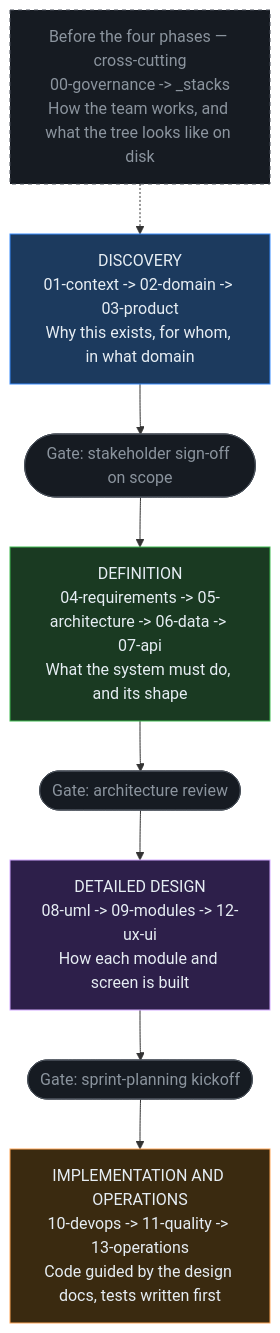
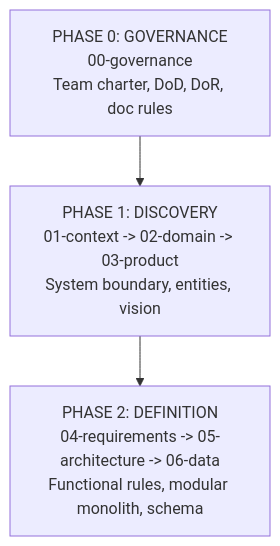
One commit to Tomasberserk/Sistema-de-asistencia changed the diagram in 00-sdd-guide.md. Above: the diagram before and after it, drawn with Mermaid. The commit also changed other lines of this file and 31 other files, not shown here.

Commit message:
chore(governance): scope framework to canonical 00-06 folders and update sdd guide

````diff
--- a/00-sdd-guide.md
+++ b/00-sdd-guide.md
@@ -33,22 +24,8 @@
 ```mermaid
 flowchart TD
-    P0["Before the four phases — cross-cutting<br/>00-governance -> _stacks<br/>How the team works, and what the tree looks like on disk"]
-    P1["DISCOVERY<br/>01-context -> 02-domain -> 03-product<br/>Why this exists, for whom, in what domain"]
-    G1(["Gate: stakeholder sign-off on scope"])
-    P2["DEFINITION<br/>04-requirements -> 05-architecture -> 06-data -> 07-api<br/>What the system must do, and its shape"]
-    G2(["Gate: architecture review"])
-    P3["DETAILED DESIGN<br/>08-uml -> 09-modules -> 12-ux-ui<br/>How each module and screen is built"]
-    G3(["Gate: sprint-planning kickoff"])
-    P4["IMPLEMENTATION AND OPERATIONS<br/>10-devops -> 11-quality -> 13-operations<br/>Code guided by the design docs, tests written first"]
+    P0["PHASE 0: GOVERNANCE<br/>00-governance<br/>Team charter, DoD, DoR, doc rules"]
+    P1["PHASE 1: DISCOVERY<br/>01-context -> 02-domain -> 03-product<br/>System boundary, entities, vision"]
+    P2["PHASE 2: DEFINITION<br/>04-requirements -> 05-architecture -> 06-data<br/>Functional rules, modular monolith, schema"]
 
-    P0 -.-> P1 --> G1 --> P2 --> G2 --> P3 --> G3 --> P4
-
-    style P0 fill:#161b22,stroke:#484f58,color:#8b949e,stroke-dasharray: 4 4
-    style P1 fill:#1c3a5e,stroke:#388bfd,color:#e6edf3
-    style P2 fill:#1a3a22,stroke:#3fb950,color:#e6edf3
-    style P3 fill:#2d1f4a,stroke:#d2a8ff,color:#e6edf3
-    style P4 fill:#3a2a10,stroke:#ffa657,color:#e6edf3
-    style G1 fill:#161b22,stroke:#484f58,color:#8b949e
-    style G2 fill:#161b22,stroke:#484f58,color:#8b949e
-    style G3 fill:#161b22,stroke:#484f58,color:#8b949e
+    P0 --> P1 --> P2
 ```
````
